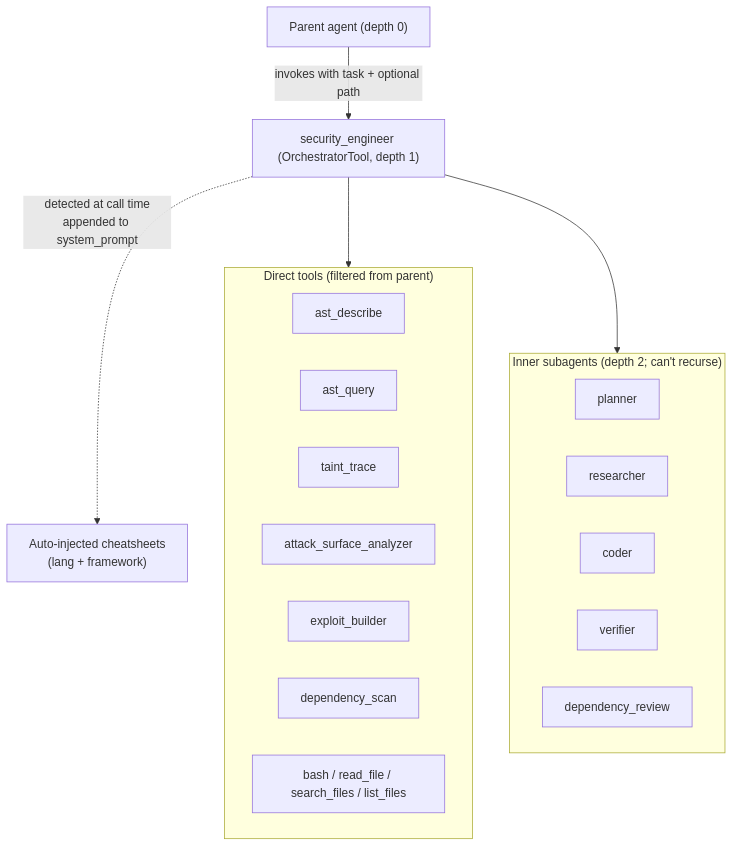
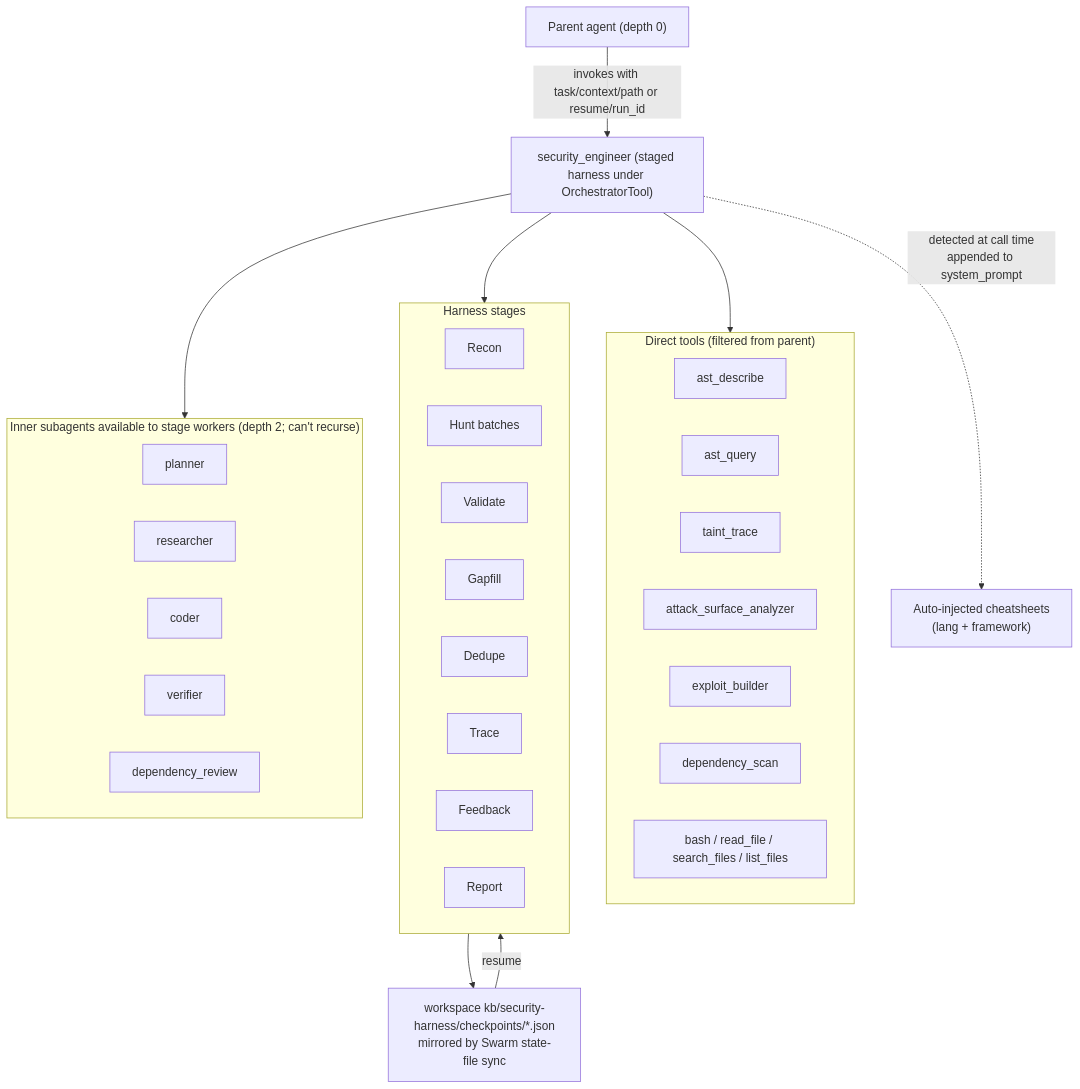
Before and after one commit to JonCooperWorks/dyson: the diagram in docs/security-engineer-subagent.md, drawn with Mermaid. The commit also changed other lines of this file and 13 other files, not shown here.

Commit message:
feat: stage security engineer harness

````diff
--- a/docs/security-engineer-subagent.md
+++ b/docs/security-engineer-subagent.md
@@ -20,29 +23,45 @@
 ```mermaid
 flowchart TB
     Parent["Parent agent (depth 0)"]
-    Orch["security_engineer (OrchestratorTool, depth 1)"]
-    Parent -->|invokes with task + optional path| Orch
+    Orch["security_engineer (staged harness under OrchestratorTool)"]
+    Parent -->|invokes with task/context/path or resume/run_id| Orch
 
     subgraph direct["Direct tools (filtered from parent)"]
       AstDescribe[ast_describe]
       AstQuery[ast_query]
       TaintTrace[taint_trace]
       ASA[attack_surface_analyzer]
       ExploitBuilder[exploit_builder]
       DepScan[dependency_scan]
       Bash[bash / read_file / search_files / list_files]
     end
     Orch --> direct
 
-    subgraph inner["Inner subagents (depth 2; can't recurse)"]
+    subgraph stages["Harness stages"]
+      Recon[Recon]
+      Hunt[Hunt batches]
+      Validate[Validate]
+      Gapfill[Gapfill]
+      Dedupe[Dedupe]
+      Trace[Trace]
+      Feedback[Feedback]
+      Report[Report]
+    end
+    Orch --> stages
+
+    Checkpoint["workspace kb/security-harness/checkpoints/*.json<br/>mirrored by Swarm state-file sync"]
+    stages --> Checkpoint
+    Checkpoint -->|resume| stages
+
+    subgraph inner["Inner subagents available to stage workers (depth 2; can't recurse)"]
       Planner[planner]
       Researcher[researcher]
       Coder[coder]
       Verifier[verifier]
       DepReview[dependency_review]
     end
     Orch --> inner
 
     Sheets["Auto-injected cheatsheets<br/>(lang + framework)"]
     Orch -.->|detected at call time<br/>appended to system_prompt| Sheets
 ```
````
